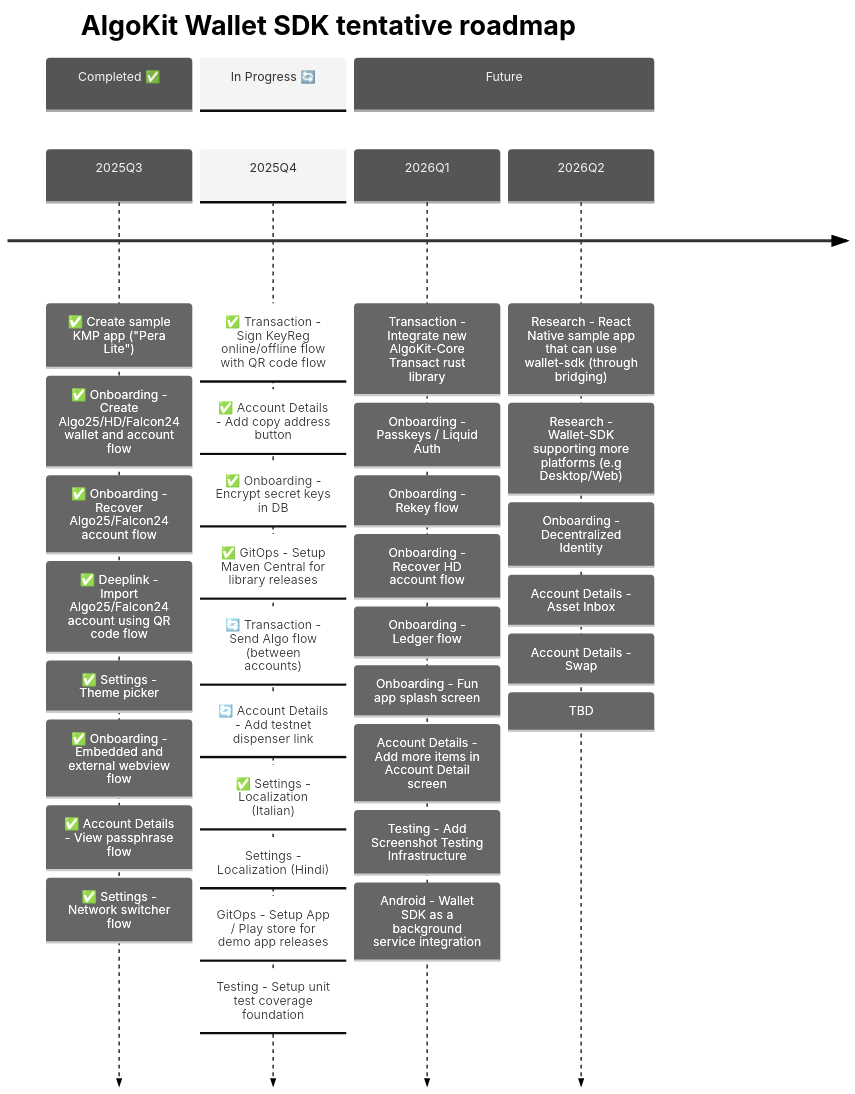
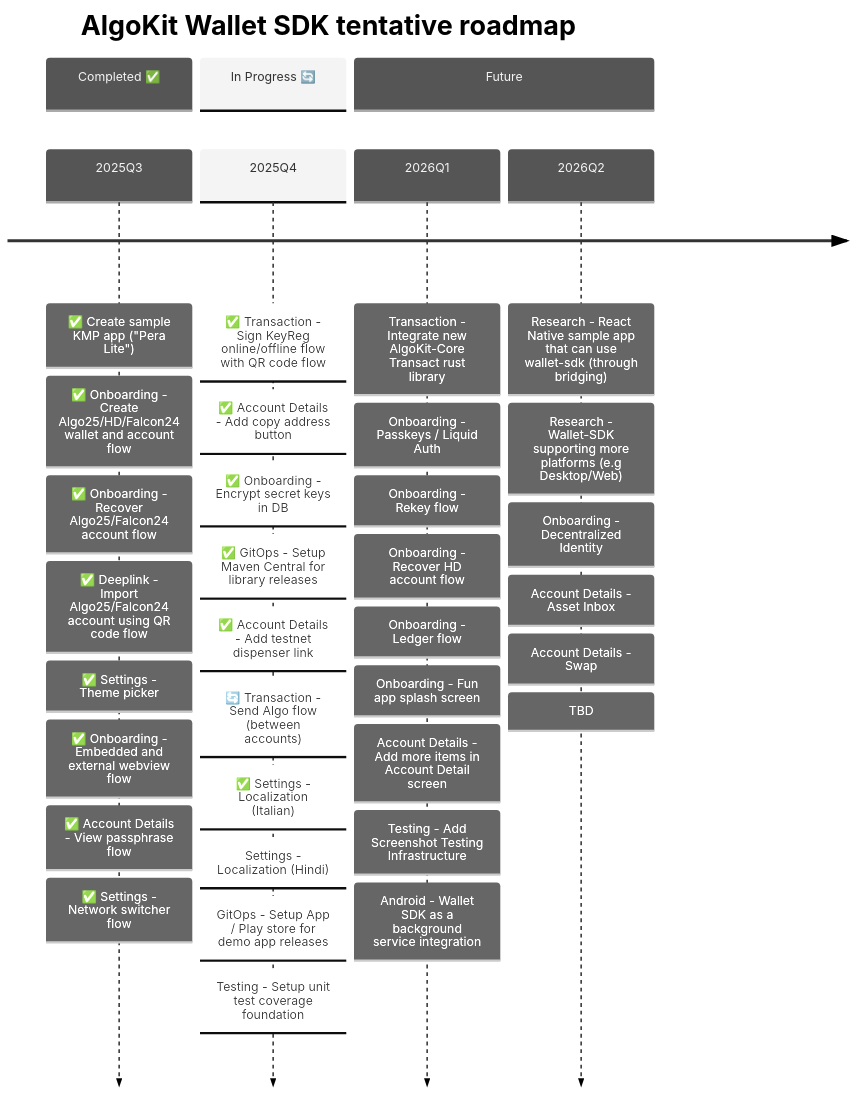
One commit to michaeltchuang/algokit-walletsdk-kmp changed the second of 3 diagrams in README.md. Above: the diagram before and after it, drawn with Mermaid. The commit also changed other lines of this file and 14 other files, not shown here.

Commit message:
feat: add testnet dispenser to account details screen (#103)

````diff
--- a/README.md
+++ b/README.md
@@ -52,47 +52,47 @@
 ```mermaid
 ---
 config:
   theme: 'neutral'
 ---
 timeline
     title AlgoKit Wallet SDK tentative roadmap
 
     section Completed ✅
     2025Q3  : ✅ Create sample KMP app ("Pera Lite")
             : ✅ Onboarding - Create Algo25/HD/Falcon24 wallet and account flow
             : ✅ Onboarding - Recover Algo25/Falcon24 account flow
             : ✅ Deeplink - Import Algo25/Falcon24 account using QR code flow
             : ✅ Settings - Theme picker
             : ✅ Onboarding - Embedded and external webview flow
             : ✅ Account Details - View passphrase flow
             : ✅ Settings - Network switcher flow
 
     section In Progress 🔄
     2025Q4  : ✅ Transaction - Sign KeyReg online/offline flow with QR code flow
             : ✅ Account Details - Add copy address button
             : ✅ Onboarding - Encrypt secret keys in DB
             : ✅ GitOps - Setup Maven Central for library releases
+            : ✅ Account Details - Add testnet dispenser link
             : 🔄 Transaction - Send Algo flow (between accounts)
-            : 🔄 Account Details - Add testnet dispenser link
             : ✅ Settings - Localization (Italian)
             : Settings - Localization (Hindi)
             : GitOps - Setup App / Play store for demo app releases
             : Testing - Setup unit test coverage foundation
 
     section Future
     2026Q1  : Transaction - Integrate new AlgoKit-Core Transact rust library
             : Onboarding - Passkeys / Liquid Auth
             : Onboarding - Rekey flow
             : Onboarding - Recover HD account flow
             : Onboarding - Ledger flow
             : Onboarding - Fun app splash screen
             : Account Details - Add more items in Account Detail screen
             : Testing - Add Screenshot Testing Infrastructure
             : Android - Wallet SDK as a background service integration
     2026Q2  : Research - React Native sample app that can use wallet-sdk (through bridging)
             : Research - Wallet-SDK supporting more platforms (e.g Desktop/Web)
             : Onboarding - Decentralized Identity
             : Account Details - Asset Inbox
             : Account Details - Swap
             : TBD
 ```
````
